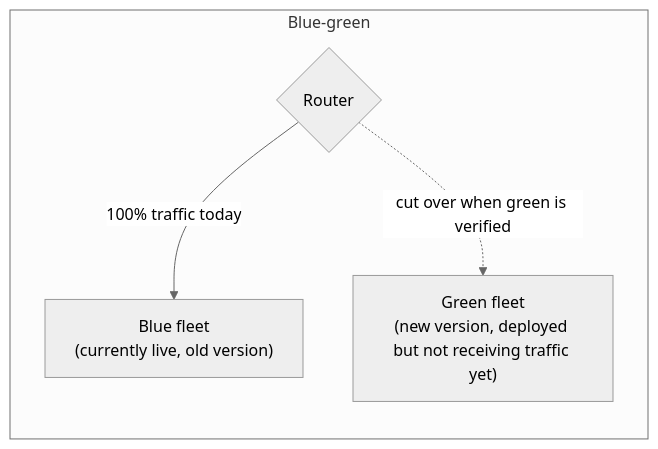
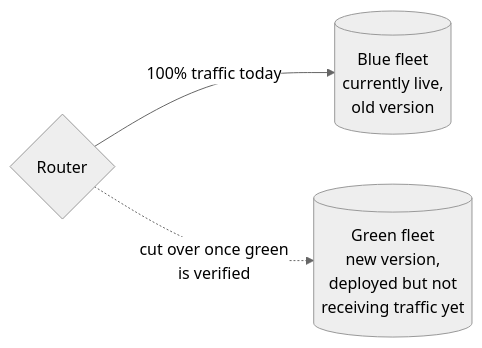
One commit to riyaz-pasha/Learnings changed the fourth of 13 diagrams in system-design/HLD/0-course/40-Design-a-Deployment-System-FAANG-Guide-story.md. Above: the diagram before and after it, drawn with Mermaid (neutral theme). The commit also changed other lines of this file and 1 other file, not shown here.

Commit message:
[REWRITE] Deployment System story guide: simplify prose, add structure, fix diagrams

````diff
--- a/system-design/HLD/0-course/40-Design-a-Deployment-System-FAANG-Guide-story.md
+++ b/system-design/HLD/0-course/40-Design-a-Deployment-System-FAANG-Guide-story.md
@@ -99,10 +213,9 @@
 ```mermaid
 flowchart LR
-    subgraph BlueGreen["Blue-green"]
-        Router{"Router"}
-        Blue["Blue fleet\n(currently live, old version)"]
-        Green["Green fleet\n(new version, deployed but not receiving traffic yet)"]
-        Router -->|"100% traffic today"| Blue
-        Router -.->|"cut over when green is verified"| Green
-    end
+    Router{"Router"}
+    Blue[("Blue fleet<br/>currently live,<br/>old version")]
+    Green[("Green fleet<br/>new version,<br/>deployed but not<br/>receiving traffic yet")]
+
+    Router -->|"100% traffic today"| Blue
+    Router -.->|"cut over once green<br/>is verified"| Green
 ```
````
